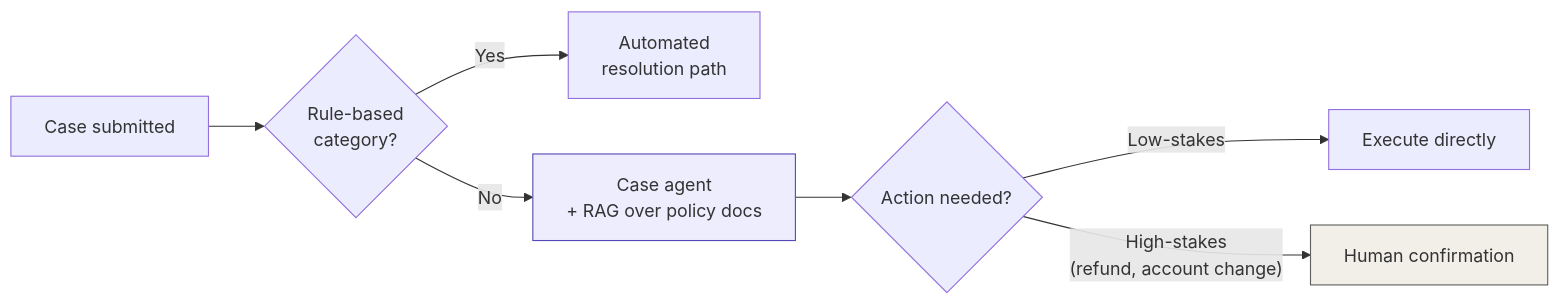
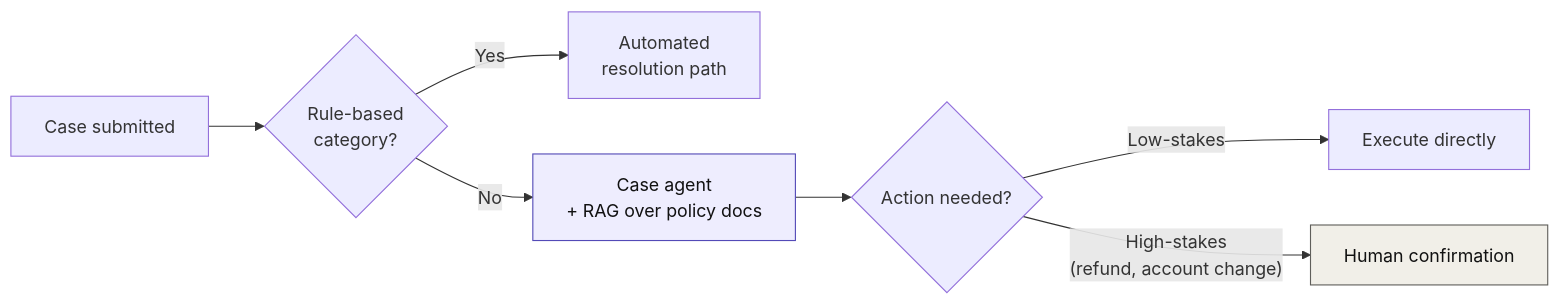
One commit to kkadapa/ai-architecture-primer changed the first of 3 diagrams in sections/06-industry-walkthroughs.md. Above: the diagram before and after it, drawn with Mermaid. The commit also changed other lines of this file and 6 other files, not shown here.

First line of the commit message:
Fix Mermaid dark-mode contrast and add diagram previews to README

````diff
--- a/sections/06-industry-walkthroughs.md
+++ b/sections/06-industry-walkthroughs.md
@@ -19,12 +19,12 @@
 ```mermaid
 flowchart LR
     CASE["Case submitted"] --> CLASSIFY{"Rule-based\ncategory?"}
     CLASSIFY -->|"Yes"| AUTO["Automated\nresolution path"]
     CLASSIFY -->|"No"| AGENT["Case agent\n+ RAG over policy docs"]
     AGENT --> ACTION{"Action needed?"}
     ACTION -->|"Low-stakes"| EXEC["Execute directly"]
     ACTION -->|"High-stakes\n(refund, account change)"| HUMAN["Human confirmation"]
 
-    style AGENT fill:#EEEDFE,stroke:#534AB7,stroke-width:1px
-    style HUMAN fill:#F1EFE8,stroke:#5F5E5A,stroke-width:1px
+    style AGENT fill:#EEEDFE,stroke:#534AB7,stroke-width:1px,color:#111111
+    style HUMAN fill:#F1EFE8,stroke:#5F5E5A,stroke-width:1px,color:#111111
 ```
````
